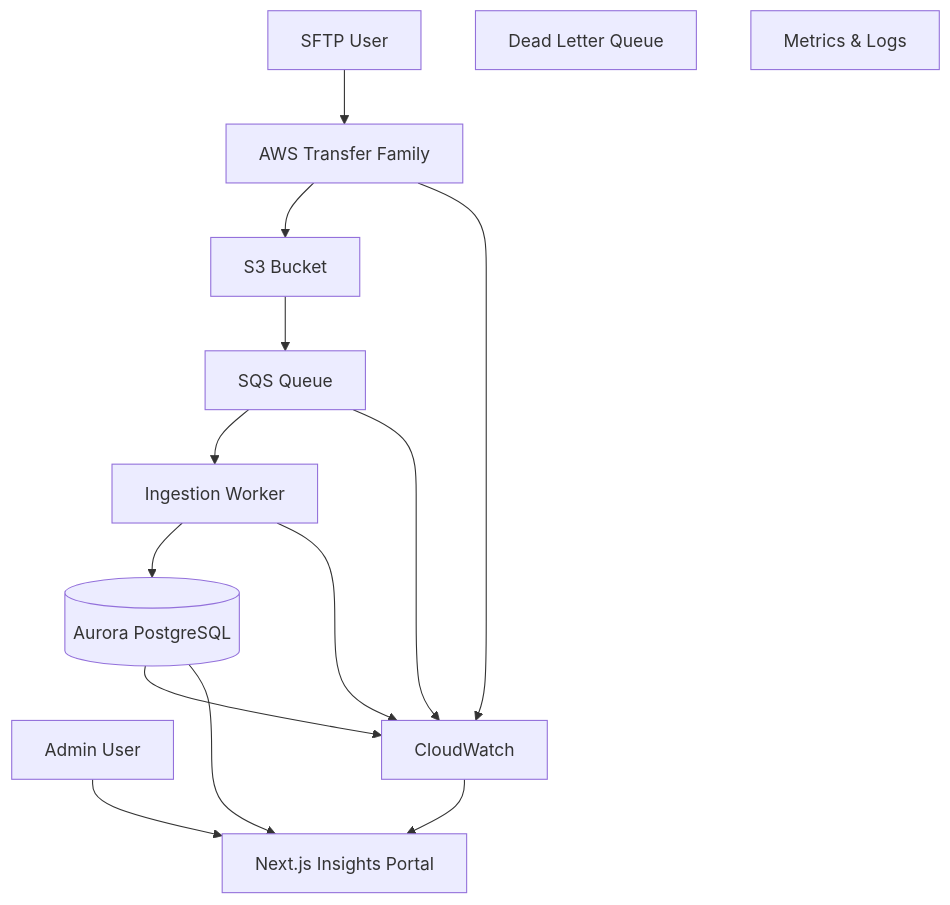
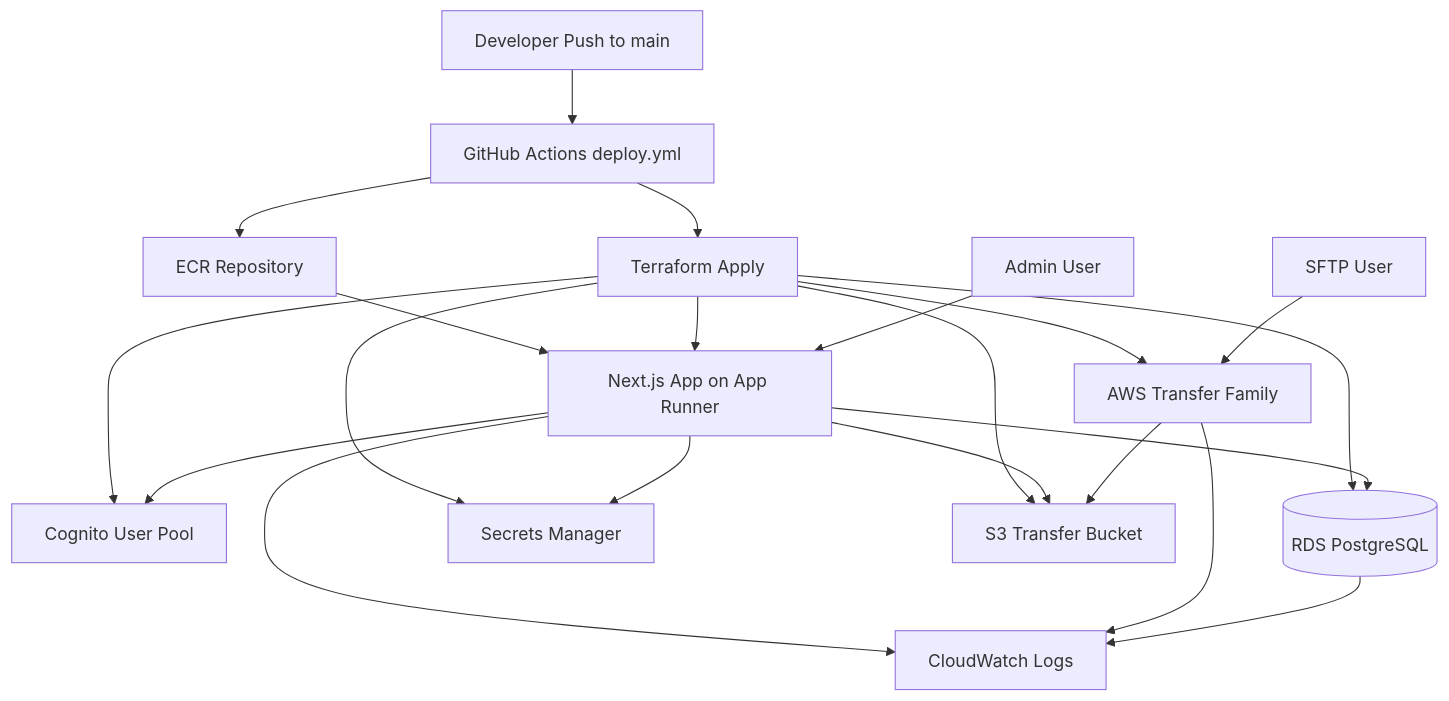
Before and after one commit to joeyf116/navara-strategy: the diagram in README.md, drawn with Mermaid. The commit also changed other lines of this file and 2 other files, not shown here.

Commit message:
feat: harden AWS deployment workflow and clean architecture docs

````diff
--- a/README.md
+++ b/README.md
@@ -453,34 +65,40 @@
 ```mermaid
 flowchart TD
-    User[SFTP User]
+    Dev[Developer Push to main]
+    GH[GitHub Actions deploy.yml]
+    ECR[ECR Repository]
+    TF[Terraform Apply]
+
     Admin[Admin User]
+    SftpUser[SFTP User]
+    App[Next.js App on App Runner]
+    Cognito[Cognito User Pool]
+    RDS[(RDS PostgreSQL)]
+    Secrets[Secrets Manager]
+    Transfer[AWS Transfer Family]
+    S3[S3 Transfer Bucket]
+    CW[CloudWatch Logs]
 
-    Transfer[AWS Transfer Family]
-    S3[S3 Bucket]
-    Queue[SQS Queue]
-    DLQ[Dead Letter Queue]
+    Dev --> GH
+    GH --> TF
+    GH --> ECR
+    ECR --> App
+    TF --> App
+    TF --> RDS
+    TF --> Cognito
+    TF --> Secrets
+    TF --> Transfer
+    TF --> S3
 
-    Worker[Ingestion Worker]
-    Aurora[(Aurora PostgreSQL)]
+    Admin --> App
+    App --> Cognito
+    App --> Secrets
+    App --> RDS
+    App --> S3
+    SftpUser --> Transfer
+    Transfer --> S3
 
-    Portal[Next.js Insights Portal]
-
-    CloudWatch[CloudWatch]
-    Metrics[Metrics & Logs]
-
-    User --> Transfer
-    Admin --> Portal
-
-    Transfer --> S3
-    S3 --> Queue
-    Queue --> Worker
-    Worker --> Aurora
-
-    Worker --> CloudWatch
-    Transfer --> CloudWatch
-    Queue --> CloudWatch
-    Aurora --> CloudWatch
-
-    CloudWatch --> Portal
-    Aurora --> Portal
+    App --> CW
+    Transfer --> CW
+    RDS --> CW
 ```
````
